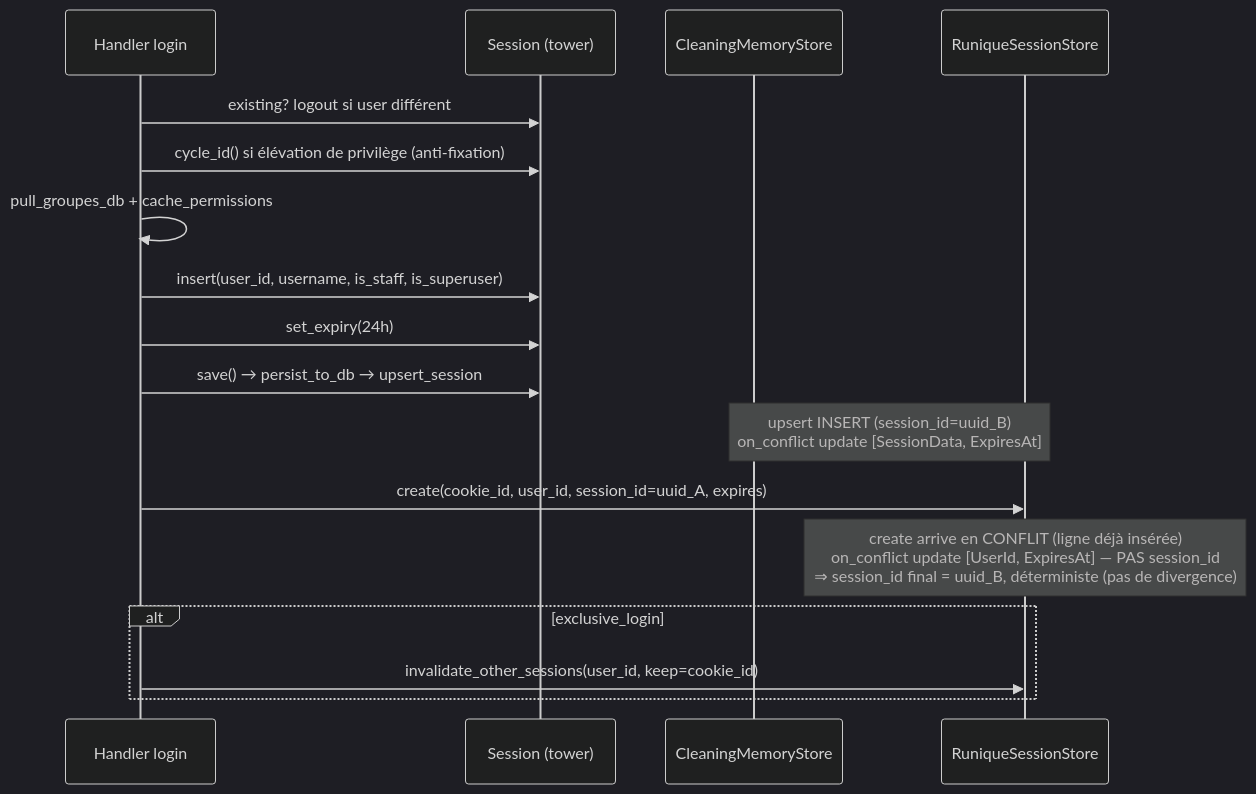
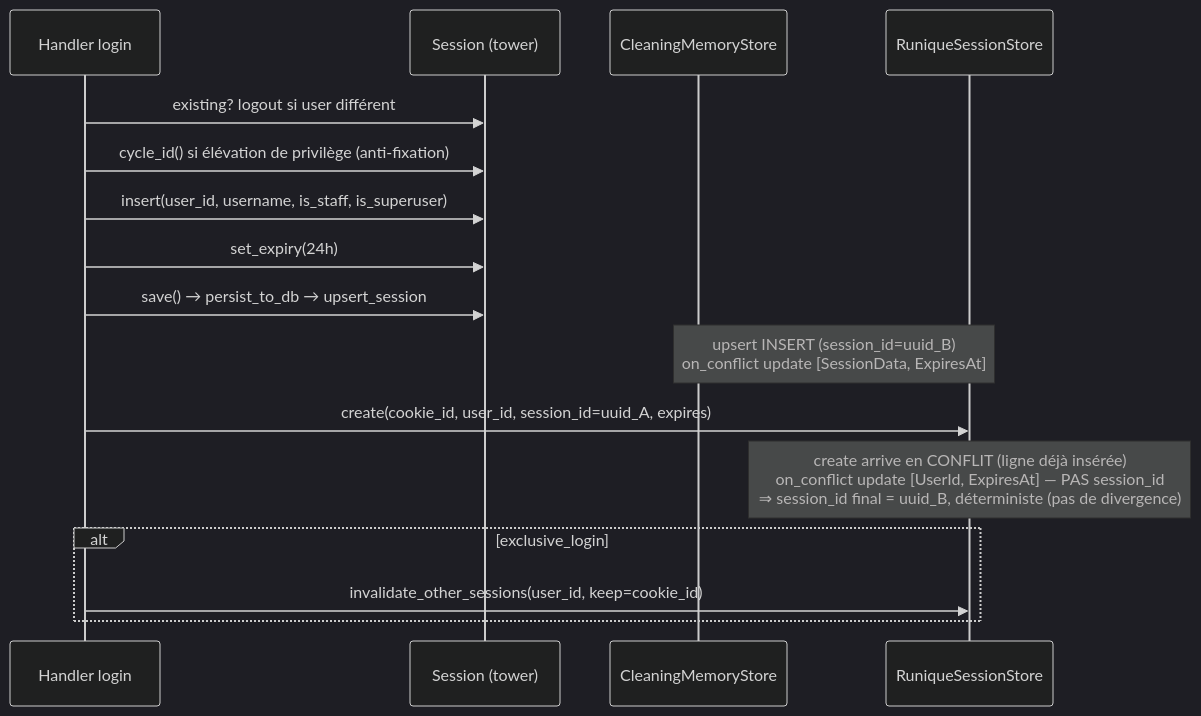
The first of 2 diagrams in diagramme/flux/auth-session-et-makemigrations.md (seb-alliot/runique), drawn with Mermaid (dark theme) before and after one commit. The commit also changed other lines of this file and 197 other files, not shown here.

````diff
--- a/diagramme/flux/auth-session-et-makemigrations.md
+++ b/diagramme/flux/auth-session-et-makemigrations.md
@@ -7,20 +7,19 @@
 ```mermaid
 sequenceDiagram
     participant H as Handler login
     participant S as Session (tower)
     participant M as CleaningMemoryStore
     participant DB as RuniqueSessionStore
 
     H->>S: existing? logout si user différent
     H->>S: cycle_id() si élévation de privilège (anti-fixation)
-    H->>H: pull_groupes_db + cache_permissions
     H->>S: insert(user_id, username, is_staff, is_superuser)
     H->>S: set_expiry(24h)
     H->>S: save() → persist_to_db → upsert_session
     Note over M,DB: upsert INSERT (session_id=uuid_B)<br/>on_conflict update [SessionData, ExpiresAt]
     H->>DB: create(cookie_id, user_id, session_id=uuid_A, expires)
     Note over DB: create arrive en CONFLIT (ligne déjà insérée)<br/>on_conflict update [UserId, ExpiresAt] — PAS session_id<br/>⇒ session_id final = uuid_B, déterministe (pas de divergence)
     alt exclusive_login
         H->>DB: invalidate_other_sessions(user_id, keep=cookie_id)
     end
 ```
````
